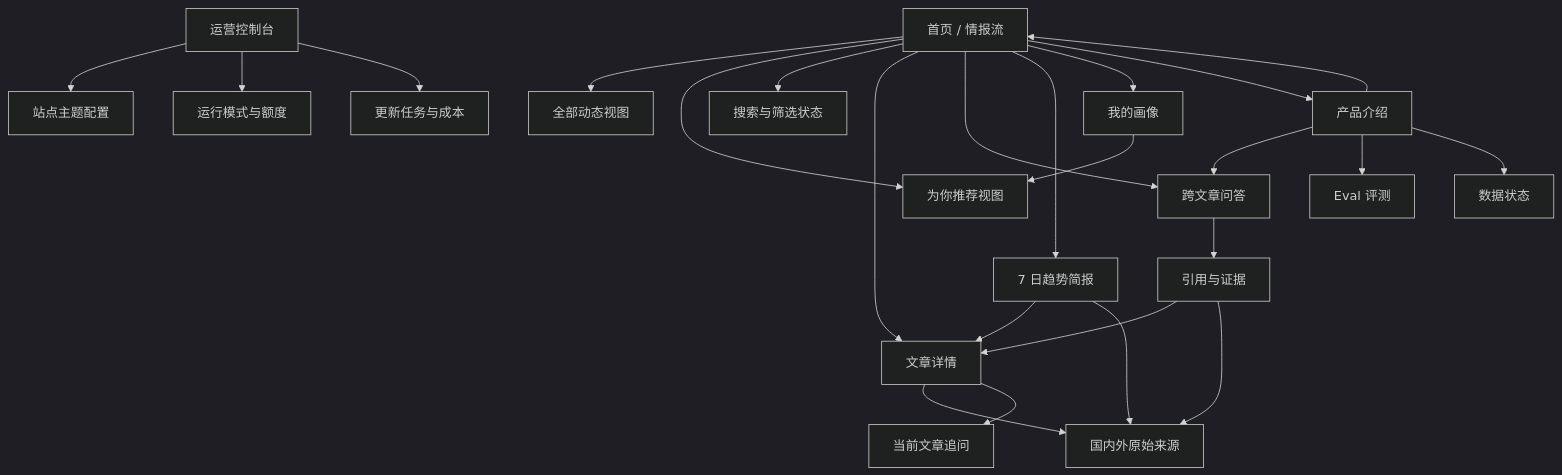
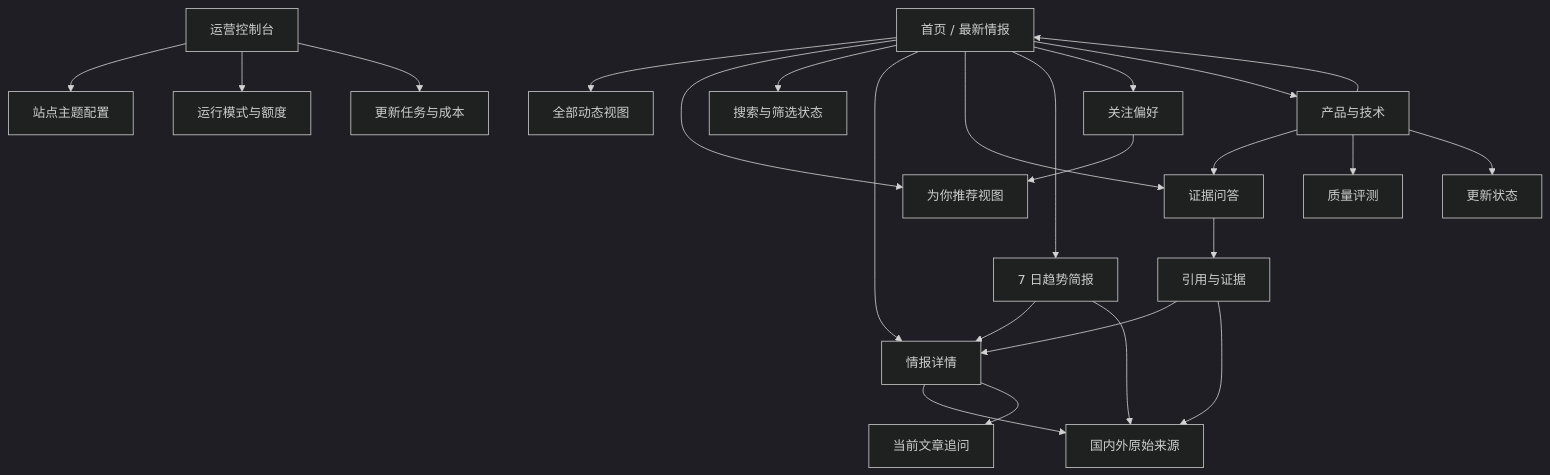
One commit to Dyj0926D/newseviday changed the first of 8 diagrams in prd/NewsEviday-PRD.md. Above: the diagram before and after it, drawn with Mermaid (dark theme). The commit also changed other lines of this file and 45 other files, not shown here.

Commit message:
feat: align public copy and architecture

````diff
--- a/prd/NewsEviday-PRD.md
+++ b/prd/NewsEviday-PRD.md
@@ -331,26 +331,26 @@
 ```mermaid
 flowchart TD
-    Home["首页 / 情报流"] --> General["全部动态视图"]
+    Home["首页 / 最新情报"] --> General["全部动态视图"]
     Home --> ForYou["为你推荐视图"]
     Home --> Search["搜索与筛选状态"]
-    Home --> Article["文章详情"]
-    Home --> Ask["跨文章问答"]
+    Home --> Article["情报详情"]
+    Home --> Ask["证据问答"]
     Home --> Brief["7 日趋势简报"]
-    Home --> Profile["我的画像"]
-    Home --> Product["产品介绍"]
+    Home --> Profile["关注偏好"]
+    Home --> Product["产品与技术"]
     Article --> Source["国内外原始来源"]
     Article --> ArticleAsk["当前文章追问"]
     Brief --> Article
     Brief --> Source
     Ask --> Citation["引用与证据"]
     Citation --> Article
     Citation --> Source
     Product --> Home
     Product --> Ask
-    Product --> Eval["Eval 评测"]
-    Product --> Status["数据状态"]
+    Product --> Eval["质量评测"]
+    Product --> Status["更新状态"]
     Profile --> ForYou
     Admin["运营控制台"] --> Topics["站点主题配置"]
     Admin --> Modes["运行模式与额度"]
     Admin --> Jobs["更新任务与成本"]
 ```
````
